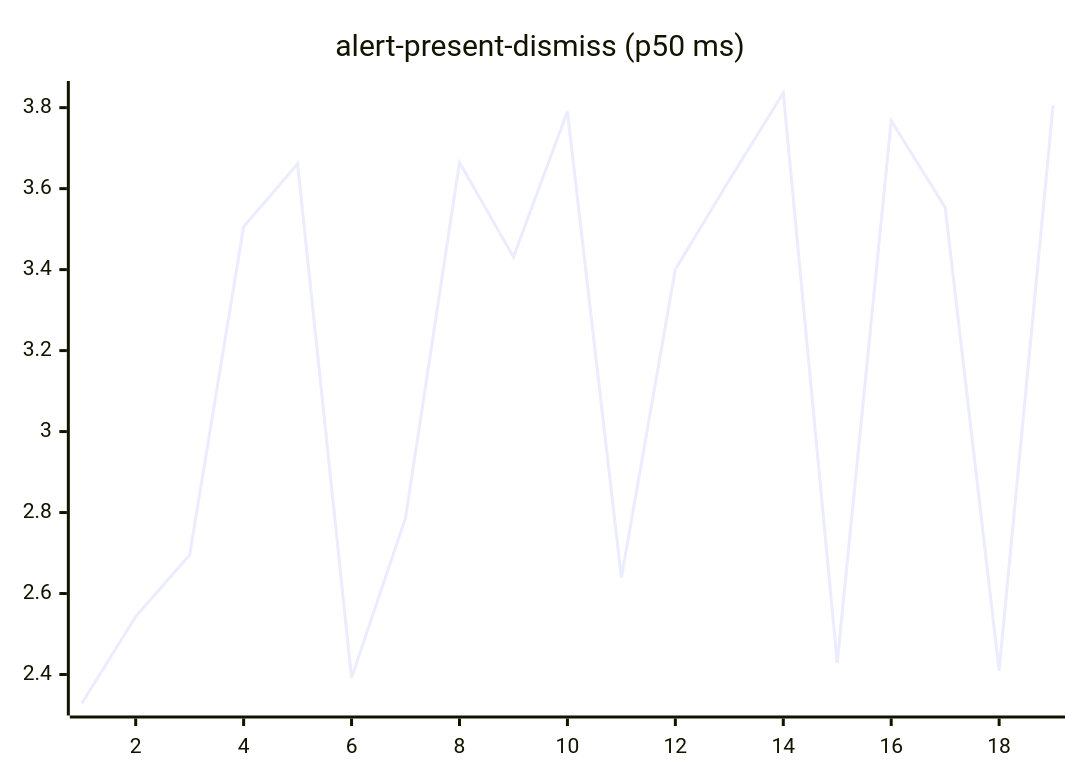
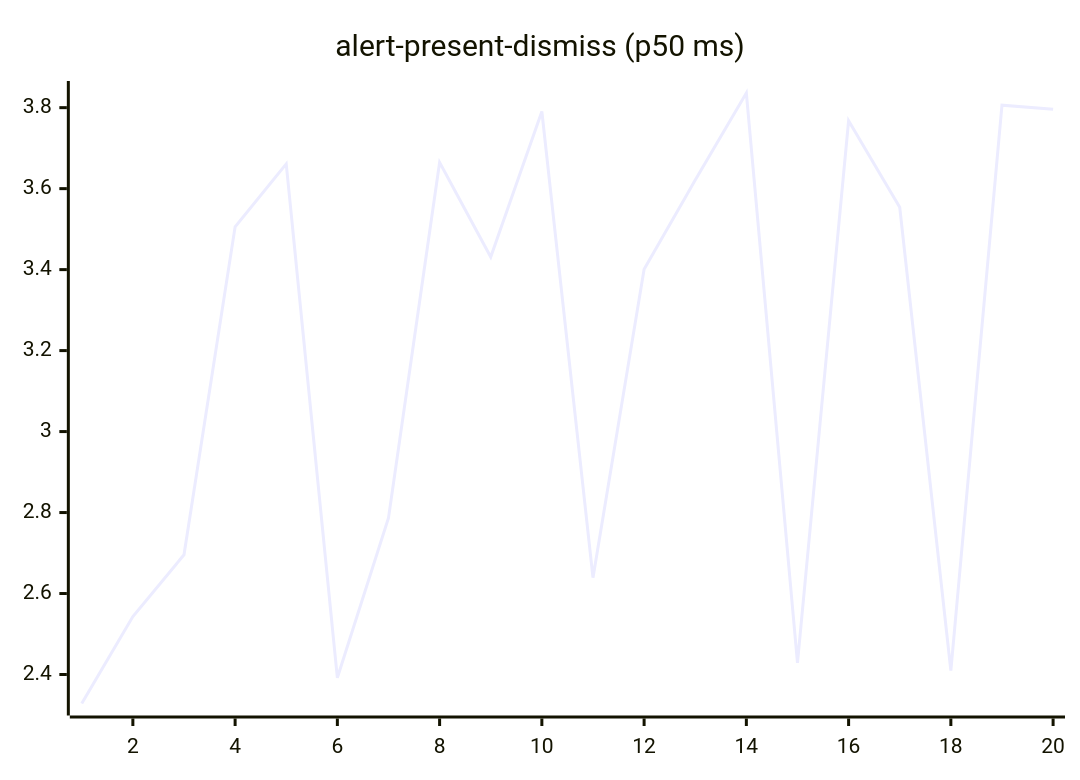
The second of 27 diagrams in README.md (josha/Facet), drawn with Mermaid before and after one commit. The commit also changed other lines of this file and 2 other files, not shown here.

````diff
--- a/README.md
+++ b/README.md
@@ -70,6 +70,6 @@
 ```mermaid
 xychart-beta
     title "alert-present-dismiss (p50 ms)"
-    x-axis 1 --> 19
-    line [2.3284, 2.5432, 2.6957, 3.5058, 3.6611, 2.3918, 2.7865, 3.6648, 3.4312, 3.7906, 2.6392, 3.4008, 3.6212, 3.8362, 2.4288, 3.7676, 3.5538, 2.4095, 3.8060]
+    x-axis 1 --> 20
+    line [2.3284, 2.5432, 2.6957, 3.5058, 3.6611, 2.3918, 2.7865, 3.6648, 3.4312, 3.7906, 2.6392, 3.4008, 3.6212, 3.8362, 2.4288, 3.7676, 3.5538, 2.4095, 3.8060, 3.7961]
 ```
````
